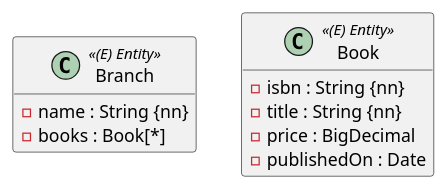
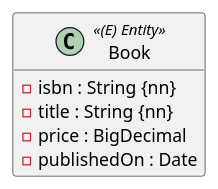
One commit to SJ2627-POS-Lernwerkstatt/SJ2627-POS-Lernwerkstatt.github.io changed the diagram in src/content/jpa/03-konstruktoren.md. Above: the diagram before and after it, drawn with PlantUML. The commit also changed other lines of this file and 15 other files, not shown here.

````diff
--- a/src/content/jpa/03-konstruktoren.md
+++ b/src/content/jpa/03-konstruktoren.md
@@ -10,17 +10,12 @@
 ```plantuml
 @startuml
 hide empty methods
-
-class Branch <<(E) Entity>> {
-  - name : String {nn}
-  - books : Book[*]
-}
 
 class Book <<(E) Entity>> {
   - isbn : String {nn}
   - title : String {nn}
   - price : BigDecimal
   - publishedOn : Date
 }
 @enduml
 ```
````
